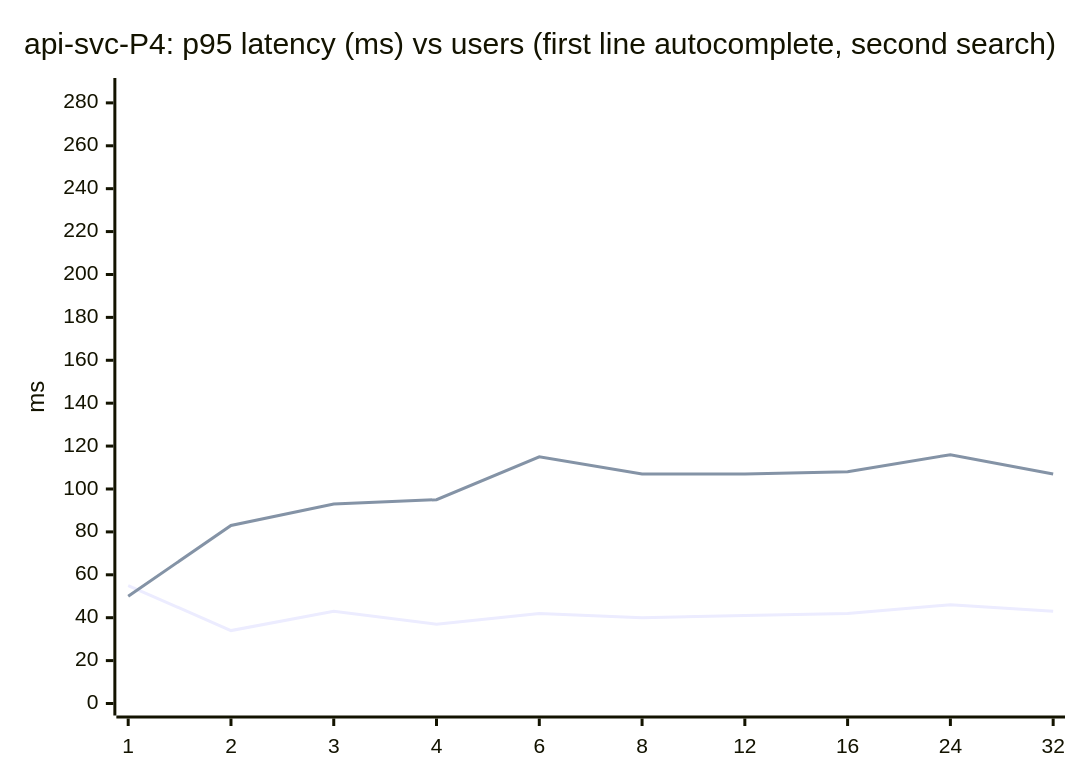
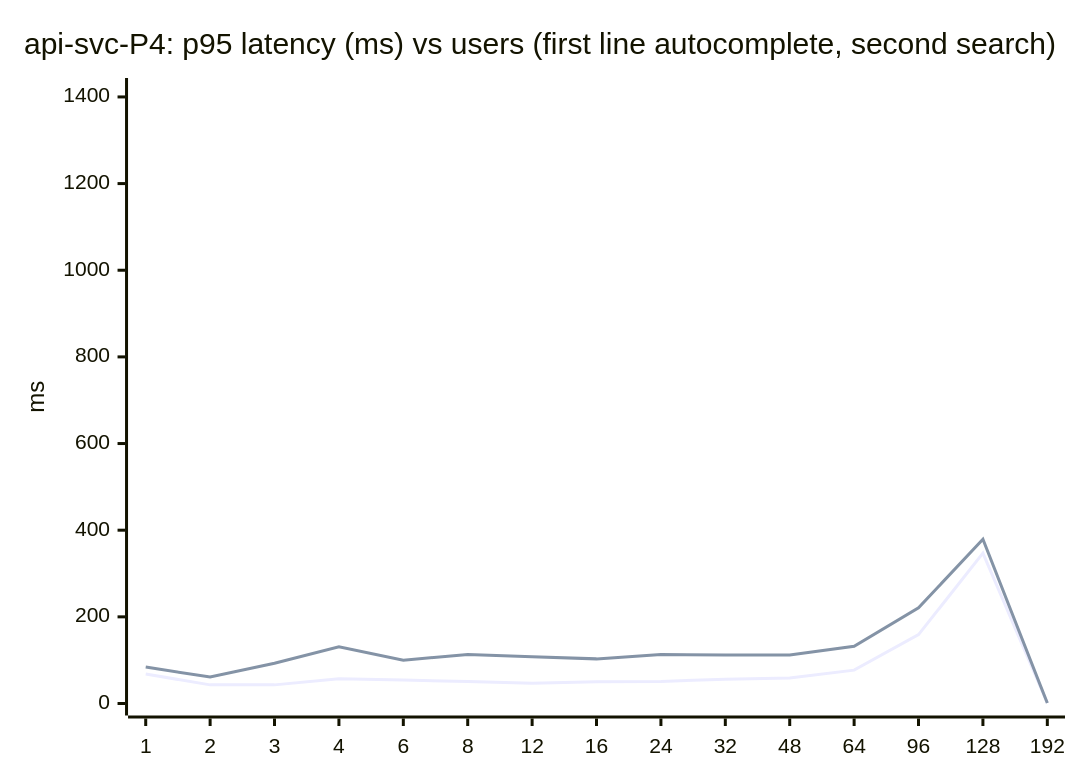
Before and after one commit to johnzastrow/pgeo: the eighth of 13 diagrams in docs/LOAD_TEST_RESULTS_PGEO.md, drawn with Mermaid. The commit also changed other lines of this file and 3 other files, not shown here.

````diff
--- a/docs/LOAD_TEST_RESULTS_PGEO.md
+++ b/docs/LOAD_TEST_RESULTS_PGEO.md
@@ -244,8 +237,8 @@
 ```mermaid
 xychart-beta
     title "api-svc-P4: p95 latency (ms) vs users (first line autocomplete, second search)"
-    x-axis [1, 2, 3, 4, 6, 8, 12, 16, 24, 32]
-    y-axis "ms" 0 --> 286
-    line [55, 34, 43, 37, 42, 40, 41, 42, 46, 43]
-    line [50, 83, 93, 95, 115, 107, 107, 108, 116, 107]
+    x-axis [1, 2, 3, 4, 6, 8, 12, 16, 24, 32, 48, 64, 96, 128, 192]
+    y-axis "ms" 0 --> 1416
+    line [68, 43, 43, 57, 54, 51, 47, 50, 51, 56, 59, 77, 159, 347, 1,261]
+    line [84, 61, 93, 131, 100, 113, 108, 103, 113, 112, 112, 132, 221, 379, 1,288]
 ```
````
